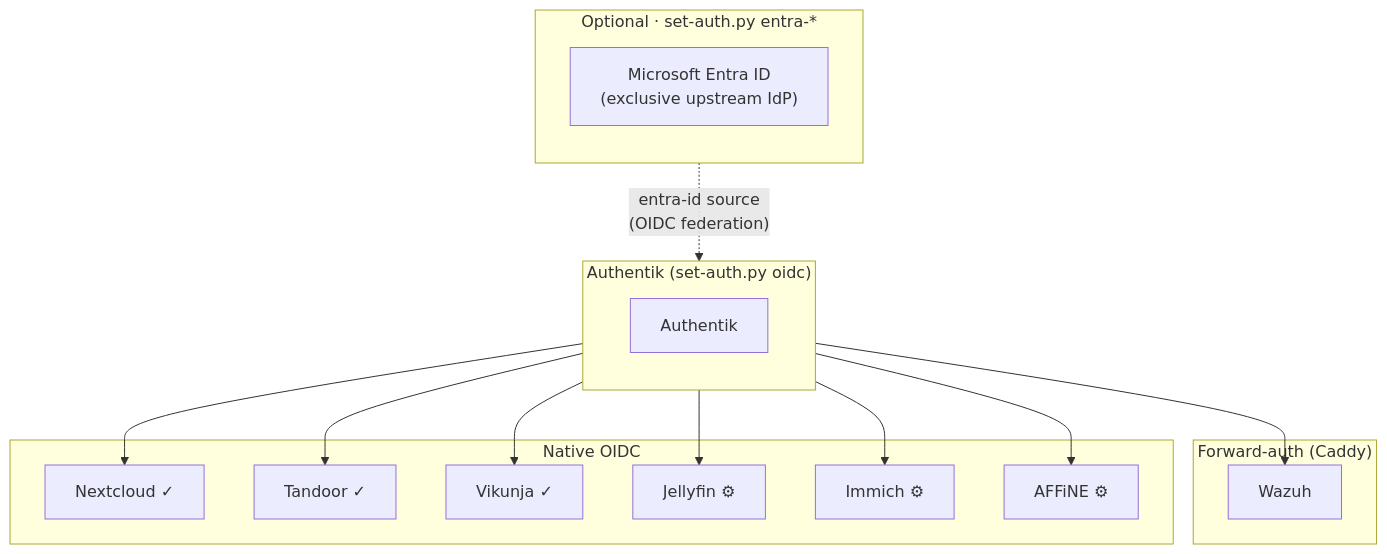
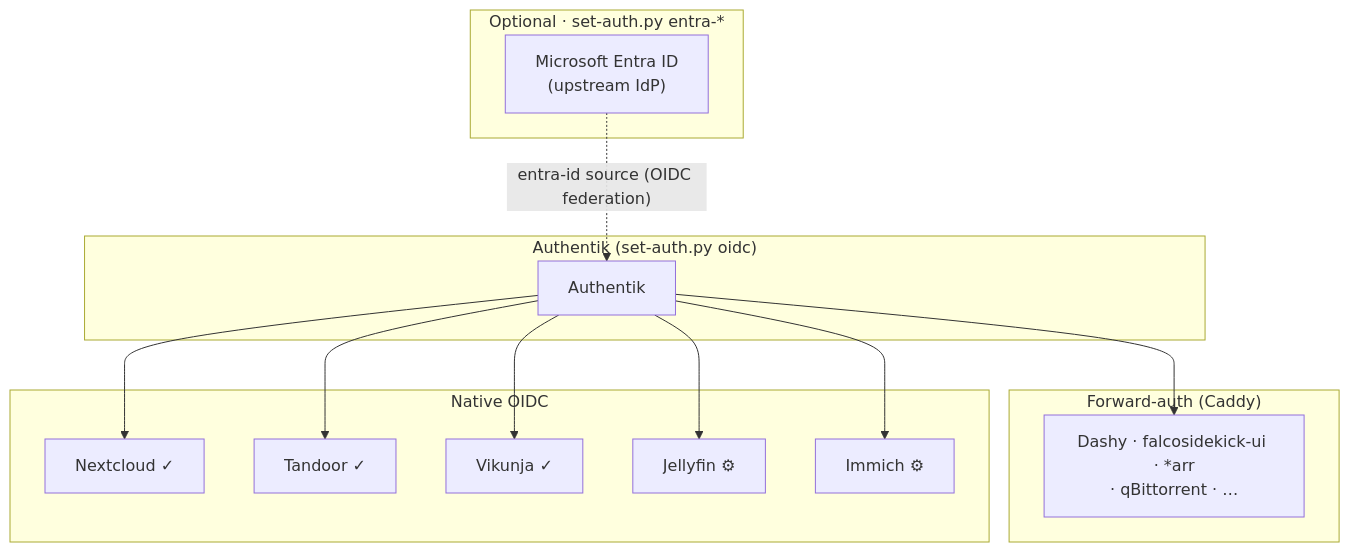
One commit to secopdotdev/OpeNirvana changed the third of 5 diagrams in README.md. Above: the diagram before and after it, drawn with Mermaid. The commit also changed other lines of this file and 70 other files, not shown here.

````diff
--- a/README.md
+++ b/README.md
@@ -134,29 +501,22 @@
 ```mermaid
 flowchart TD
     subgraph optional["Optional · set-auth.py entra-*"]
-        direction TB
-        EntraID["Microsoft Entra ID<br/>(exclusive upstream IdP)"]
+        EntraID["Microsoft Entra ID<br/>(upstream IdP)"]
     end
-
     subgraph auth["Authentik (set-auth.py oidc)"]
-        direction TB
         A["Authentik"]
     end
-
     subgraph forward-auth["Forward-auth (Caddy)"]
-        Wazuh["Wazuh"]
+        FA["Dashy · falcosidekick-ui · *arr<br/>· qBittorrent · …"]
     end
-
     subgraph native-oidc["Native OIDC"]
         NC["Nextcloud ✓"]
         TD["Tandoor ✓"]
         VK["Vikunja ✓"]
         JF["Jellyfin ⚙"]
         IM["Immich ⚙"]
-        AF["AFFiNE ⚙"]
     end
-
-    EntraID -. "entra-id source<br/>(OIDC federation)" .-> A
-    A --> Wazuh
-    A --> NC & TD & VK & JF & IM & AF
+    EntraID -. "entra-id source (OIDC federation)" .-> A
+    A --> FA
+    A --> NC & TD & VK & JF & IM
 ```
````
